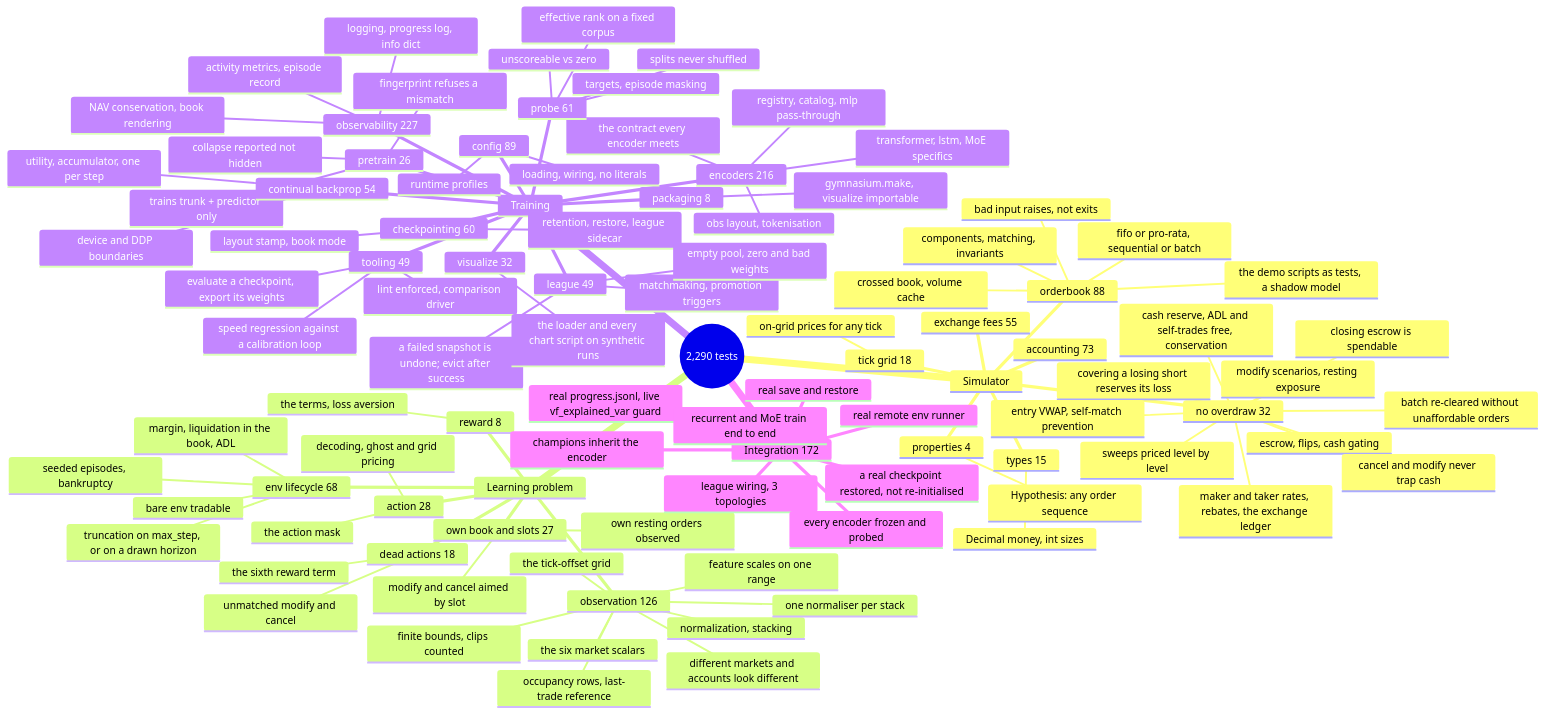
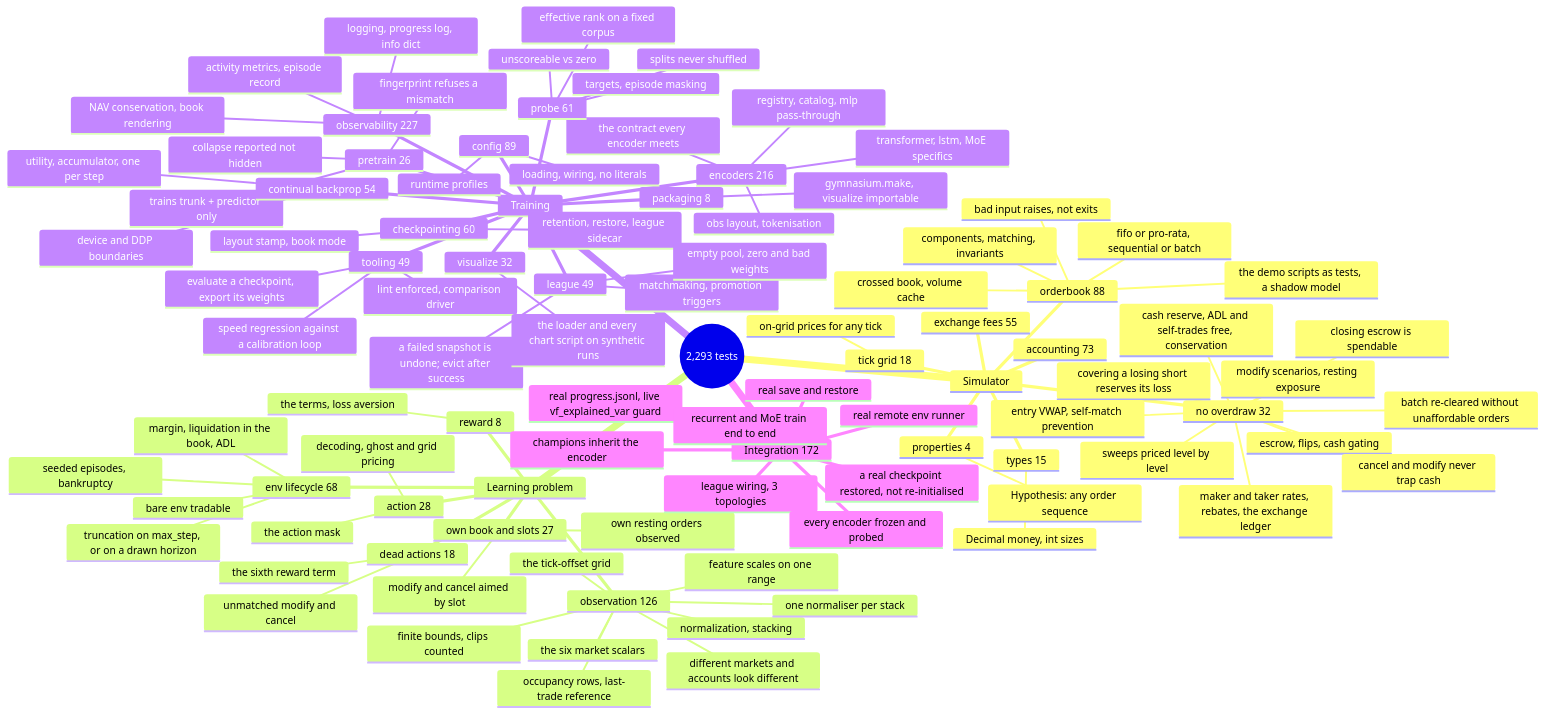
The diagram in doc/10_testing.md (ChuaCheowHuan/gym-continuousDoubleAuction), drawn with Mermaid before and after one commit. The commit also changed other lines of this file and 7 other files, not shown here.

````diff
--- a/doc/10_testing.md
+++ b/doc/10_testing.md
@@ -174,6 +174,6 @@
 ```mermaid
 mindmap
-  root((2,290 tests))
+  root((2,293 tests))
     Simulator
       orderbook 88
         the demo scripts as tests, a shadow model
````
